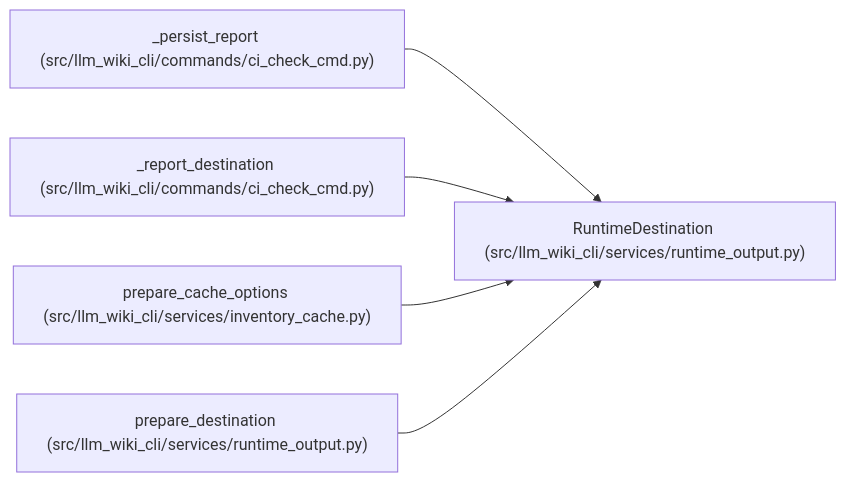
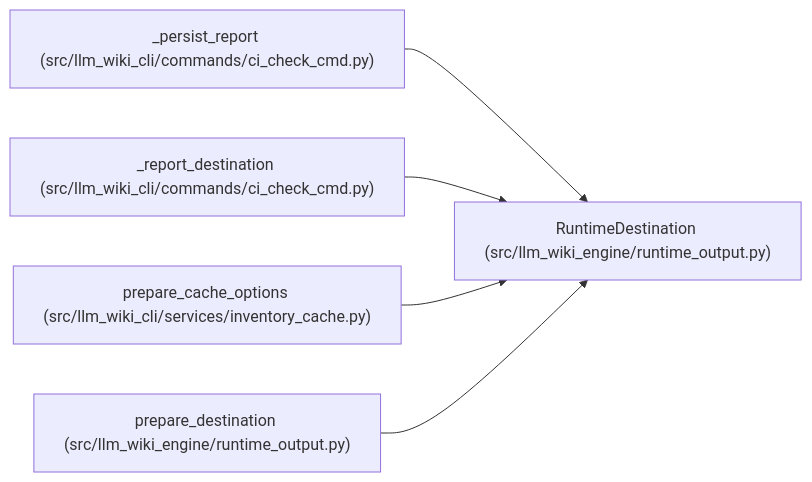
Before and after one commit to Denissvgn/python-wiki-llm: the diagram in docs/llm_wiki/entities/RuntimeDestination.md, drawn with Mermaid. The commit also changed other lines of this file and 1103 other files, not shown here.

First line of the commit message:
docs: refresh the wiki for the llm-wiki-engine distribution

````diff
--- a/docs/llm_wiki/entities/RuntimeDestination.md
+++ b/docs/llm_wiki/entities/RuntimeDestination.md
@@ -32,17 +32,17 @@
 ```mermaid
 flowchart LR
-    n0["RuntimeDestination (src/llm_wiki_cli/services/runtime_output.py)"]
+    n0["RuntimeDestination (src/llm_wiki_engine/runtime_output.py)"]
     n1["_persist_report (src/llm_wiki_cli/commands/ci_check_cmd.py)"]
     n2["_report_destination (src/llm_wiki_cli/commands/ci_check_cmd.py)"]
     n3["prepare_cache_options (src/llm_wiki_cli/services/inventory_cache.py)"]
-    n4["prepare_destination (src/llm_wiki_cli/services/runtime_output.py)"]
+    n4["prepare_destination (src/llm_wiki_engine/runtime_output.py)"]
     n1 --> n0
     n2 --> n0
     n3 --> n0
     n4 --> n0
     click n0 "../modules/runtime_output.md"
     click n1 "../modules/ci_check_cmd.md"
     click n2 "../modules/ci_check_cmd.md"
     click n3 "../modules/inventory_cache.md"
     click n4 "../modules/runtime_output.md"
 ```
````
